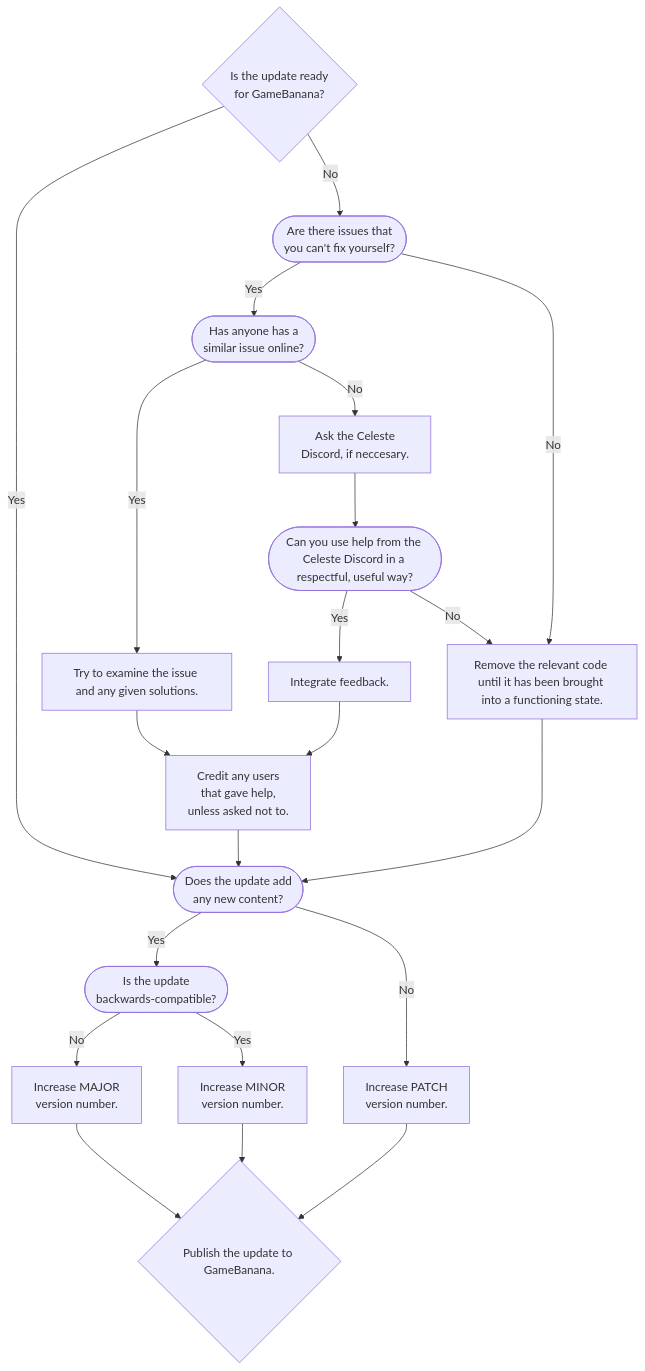
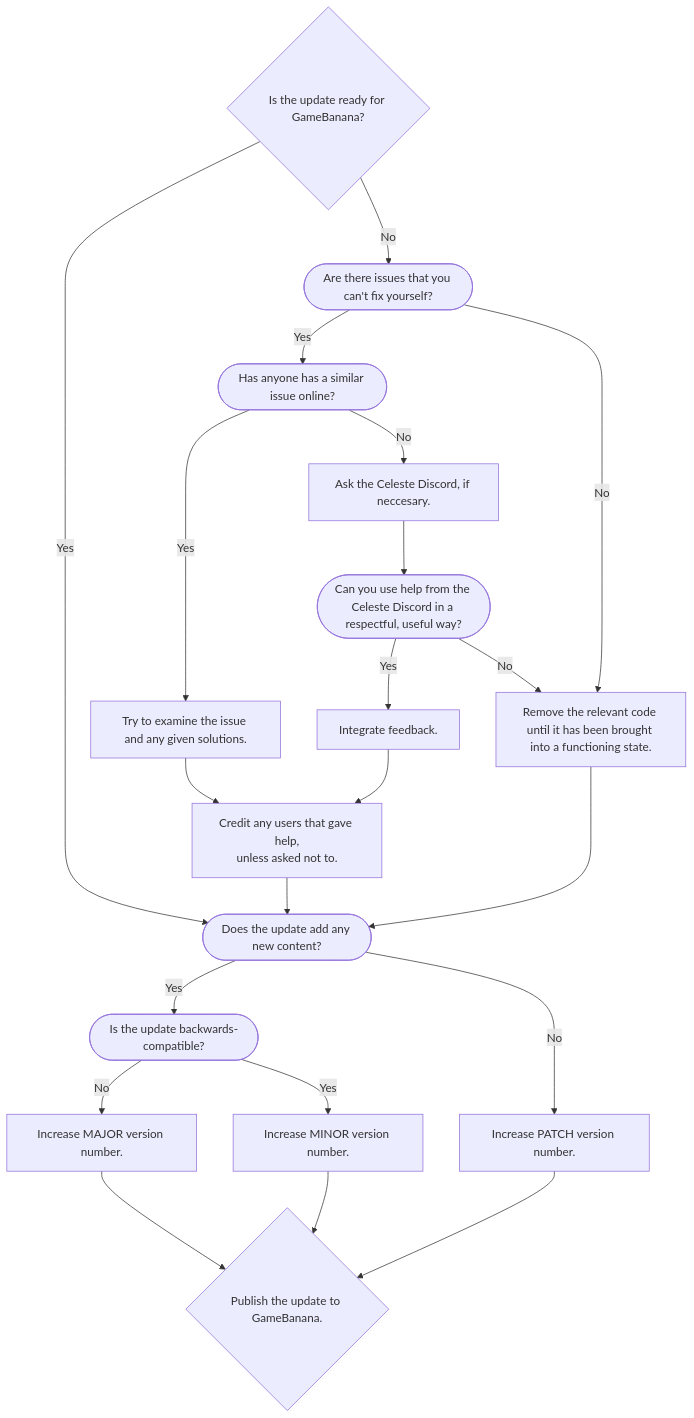
Before and after one commit to DatGuyAlex22/Follower-Addons-And-Such: the diagram in README.md, drawn with Mermaid. The commit also changed other lines of this file and 5 other files, not shown here.

````diff
--- a/README.md
+++ b/README.md
@@ -13,44 +13,44 @@
 ```mermaid
  flowchart TD
-  Ready{Is the update ready\nfor GameBanana?}
+  Ready{Is the update ready for GameBanana?}
 
-  AddNew([Does the update add\nany new content?])
-  MajorMinorUpdate([Is the update\nbackwards-compatible?])
-  UpdatePatch[Increase PATCH\nversion number.]
-  UpdateMinor[Increase MINOR\nversion number.]
-  UpdateMajor[Increase MAJOR\nversion number.]
+  AddNew([Does the update add any new content?])
+  MajorMinorUpdate([Is the update backwards-compatible?])
+  UpdatePatch[Increase PATCH version number.]
+  UpdateMinor[Increase MINOR version number.]
+  UpdateMajor[Increase MAJOR version number.]
 
-  FixSelf([Are there issues that\nyou can't fix yourself?])
-  OnInternet([Has anyone has a\nsimilar issue online?])
-  AskClord[Ask the Celeste\nDiscord, if neccesary.]
+  FixSelf([Are there issues that you can't fix yourself?])
+  OnInternet([Has anyone has a similar issue online?])
+  AskClord[Ask the Celeste Discord, if neccesary.]
   ClordCourtesy([Can you use help from the Celeste Discord in a respectful, useful way?])
   IntegrateClord[Integrate feedback.]
-  CreditClord[Credit any users\nthat gave help,\nunless asked not to.]
+  CreditClord[Credit any users that gave help,\nunless asked not to.]
   ScrapIdeaNextUpdate[Remove the relevant code until it has been brought into a functioning state.]
   UseOnline[Try to examine the issue and any given solutions.]
 
   PublishUpdate{Publish the update to GameBanana.}
 
   Ready -- Yes --> AddNew
   Ready -- No --> FixSelf
   AddNew -- Yes --> MajorMinorUpdate
   AddNew -- No --> UpdatePatch
   MajorMinorUpdate -- No --> UpdateMajor
   MajorMinorUpdate -- Yes --> UpdateMinor
 
   FixSelf -- Yes --> OnInternet
   FixSelf -- No --> ScrapIdeaNextUpdate
   OnInternet -- Yes --> UseOnline
   UseOnline --> CreditClord
   OnInternet -- No --> AskClord
   ScrapIdeaNextUpdate --> AddNew
   AskClord --> ClordCourtesy
   ClordCourtesy -- Yes --> IntegrateClord
   IntegrateClord --> CreditClord
   CreditClord --> AddNew
   ClordCourtesy -- No --> ScrapIdeaNextUpdate
 
   UpdatePatch --> PublishUpdate
   UpdateMinor --> PublishUpdate
   UpdateMajor --> PublishUpdate
 ```
````
